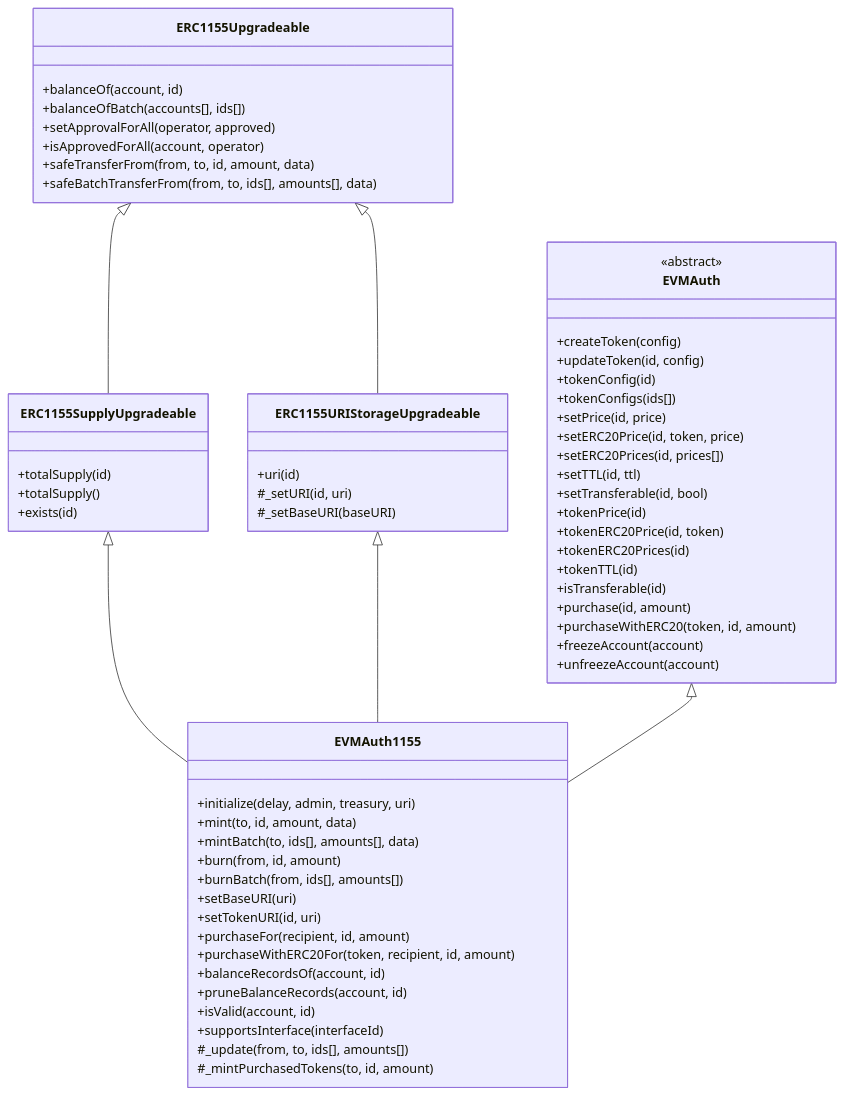
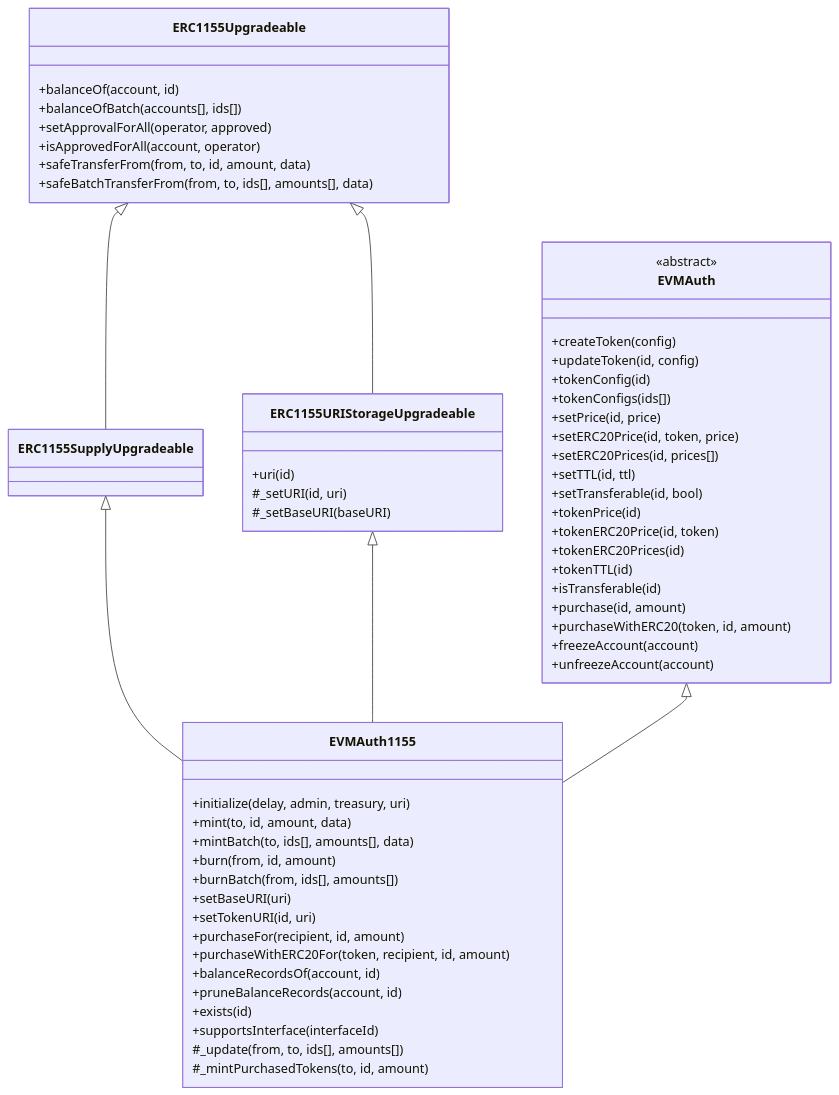
Before and after one commit to glanzz/evmauth-core: the second of 3 diagrams in src/README.md, drawn with Mermaid. The commit also changed other lines of this file and 4 other files, not shown here.

````diff
--- a/src/README.md
+++ b/src/README.md
@@ -122,69 +122,63 @@
 ```mermaid
 classDiagram
     class EVMAuth {
         <<abstract>>
         +createToken(config)
         +updateToken(id, config)
         +tokenConfig(id)
         +tokenConfigs(ids[])
         +setPrice(id, price)
         +setERC20Price(id, token, price)
         +setERC20Prices(id, prices[])
         +setTTL(id, ttl)
         +setTransferable(id, bool)
         +tokenPrice(id)
         +tokenERC20Price(id, token)
         +tokenERC20Prices(id)
         +tokenTTL(id)
         +isTransferable(id)
         +purchase(id, amount)
         +purchaseWithERC20(token, id, amount)
         +freezeAccount(account)
         +unfreezeAccount(account)
     }
     
     class ERC1155Upgradeable {
         +balanceOf(account, id)
         +balanceOfBatch(accounts[], ids[])
         +setApprovalForAll(operator, approved)
         +isApprovedForAll(account, operator)
         +safeTransferFrom(from, to, id, amount, data)
         +safeBatchTransferFrom(from, to, ids[], amounts[], data)
     }
     
-    class ERC1155SupplyUpgradeable {
-        +totalSupply(id)
-        +totalSupply()
-        +exists(id)
-    }
-    
     class ERC1155URIStorageUpgradeable {
         +uri(id)
         #_setURI(id, uri)
         #_setBaseURI(baseURI)
     }
     
     class EVMAuth1155 {
         +initialize(delay, admin, treasury, uri)
         +mint(to, id, amount, data)
         +mintBatch(to, ids[], amounts[], data)
         +burn(from, id, amount)
         +burnBatch(from, ids[], amounts[])
         +setBaseURI(uri)
         +setTokenURI(id, uri)
         +purchaseFor(recipient, id, amount)
         +purchaseWithERC20For(token, recipient, id, amount)
         +balanceRecordsOf(account, id)
         +pruneBalanceRecords(account, id)
-        +isValid(account, id)
+        +exists(id)
         +supportsInterface(interfaceId)
         #_update(from, to, ids[], amounts[])
         #_mintPurchasedTokens(to, id, amount)
     }
     
     ERC1155Upgradeable <|-- ERC1155SupplyUpgradeable
     ERC1155Upgradeable <|-- ERC1155URIStorageUpgradeable
     ERC1155SupplyUpgradeable <|-- EVMAuth1155
     ERC1155URIStorageUpgradeable <|-- EVMAuth1155
     EVMAuth <|-- EVMAuth1155
 ```
````
